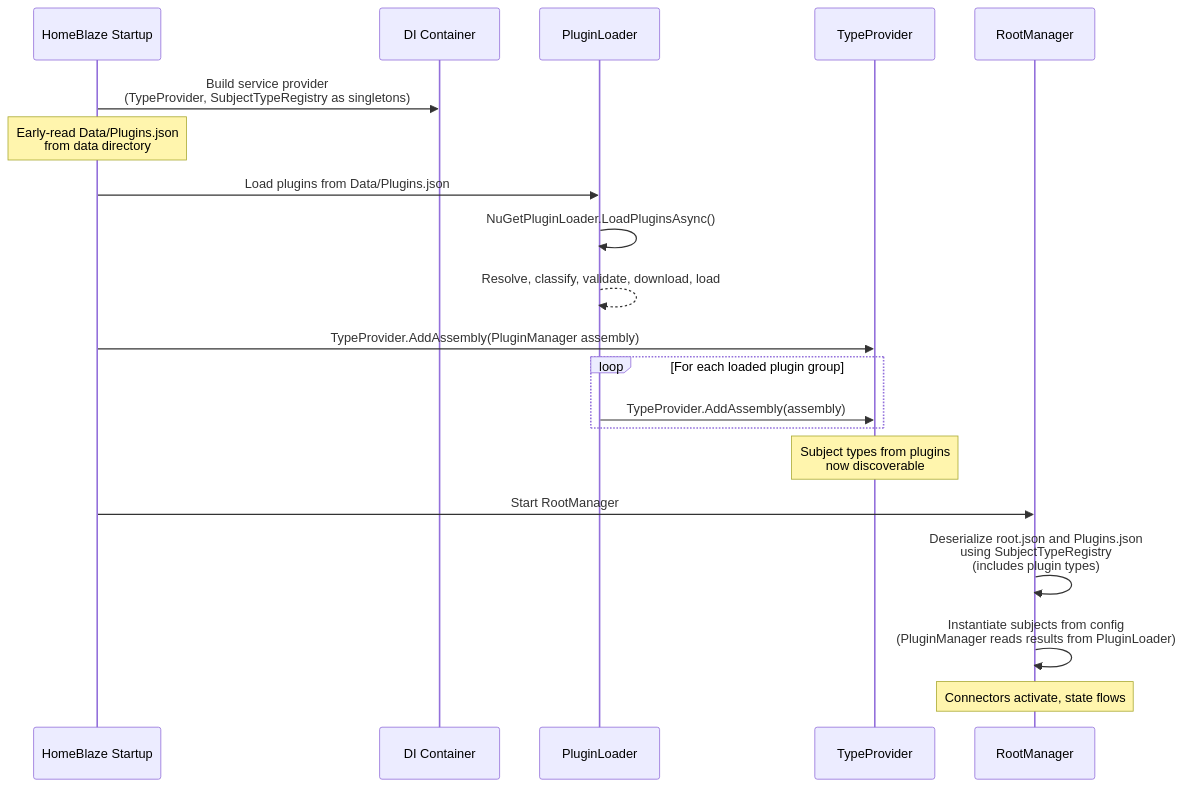
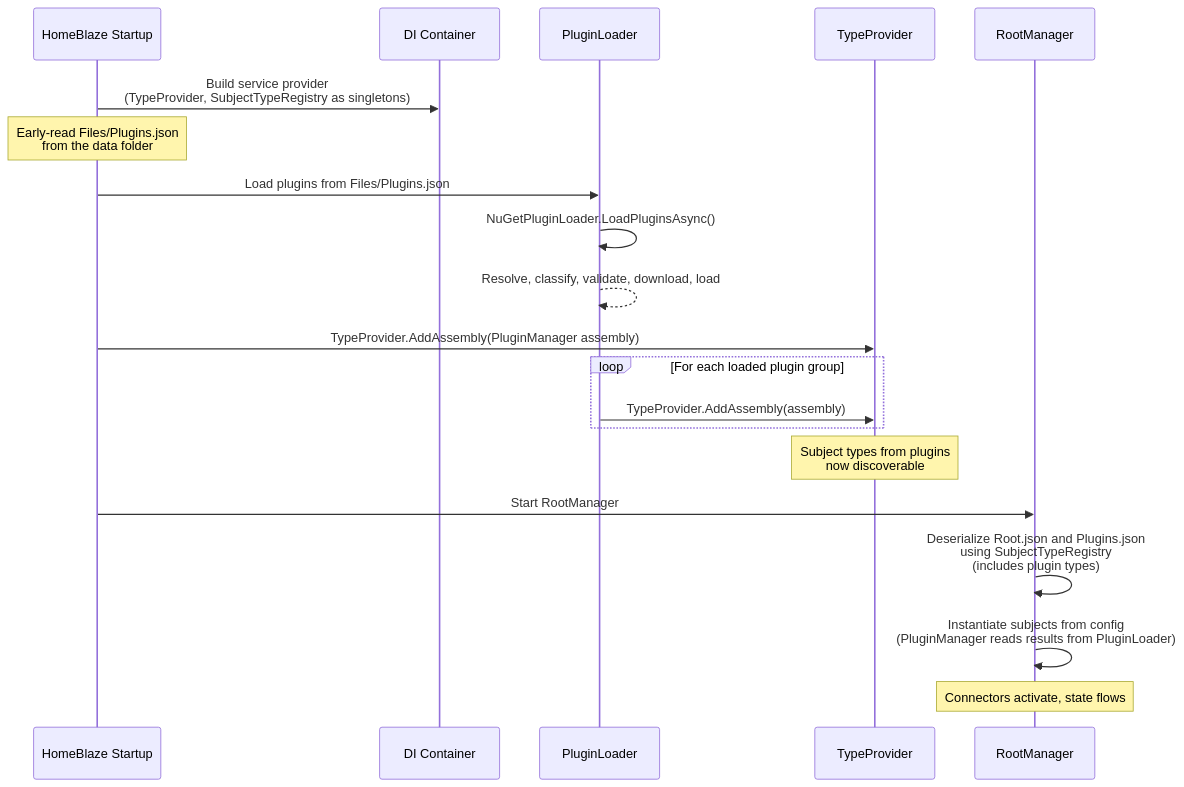
The second of 2 diagrams in src/HomeBlaze/HomeBlaze/Data/Files/Docs/architecture/design/plugins.md (RicoSuter/Namotion.Interceptor), drawn with Mermaid before and after one commit. The commit also changed other lines of this file and 25 other files, not shown here.

````diff
--- a/src/HomeBlaze/HomeBlaze/Data/Files/Docs/architecture/design/plugins.md
+++ b/src/HomeBlaze/HomeBlaze/Data/Files/Docs/architecture/design/plugins.md
@@ -126,23 +126,23 @@
 ```mermaid
 sequenceDiagram
     participant App as HomeBlaze Startup
     participant DI as DI Container
     participant PLS as PluginLoader
     participant TP as TypeProvider
     participant RM as RootManager
 
     App->>DI: Build service provider<br/>(TypeProvider, SubjectTypeRegistry as singletons)
-    Note over App: Early-read Data/Plugins.json<br/>from data directory
-    App->>PLS: Load plugins from Data/Plugins.json
+    Note over App: Early-read Files/Plugins.json<br/>from the data folder
+    App->>PLS: Load plugins from Files/Plugins.json
     PLS->>PLS: NuGetPluginLoader.LoadPluginsAsync()
     PLS-->>PLS: Resolve, classify, validate, download, load
     App->>TP: TypeProvider.AddAssembly(PluginManager assembly)
     loop For each loaded plugin group
         PLS->>TP: TypeProvider.AddAssembly(assembly)
     end
     Note over TP: Subject types from plugins<br/>now discoverable
     App->>RM: Start RootManager
-    RM->>RM: Deserialize root.json and Plugins.json<br/>using SubjectTypeRegistry<br/>(includes plugin types)
+    RM->>RM: Deserialize Root.json and Plugins.json<br/>using SubjectTypeRegistry<br/>(includes plugin types)
     RM->>RM: Instantiate subjects from config<br/>(PluginManager reads results from PluginLoader)
     Note over RM: Connectors activate, state flows
 ```
````
